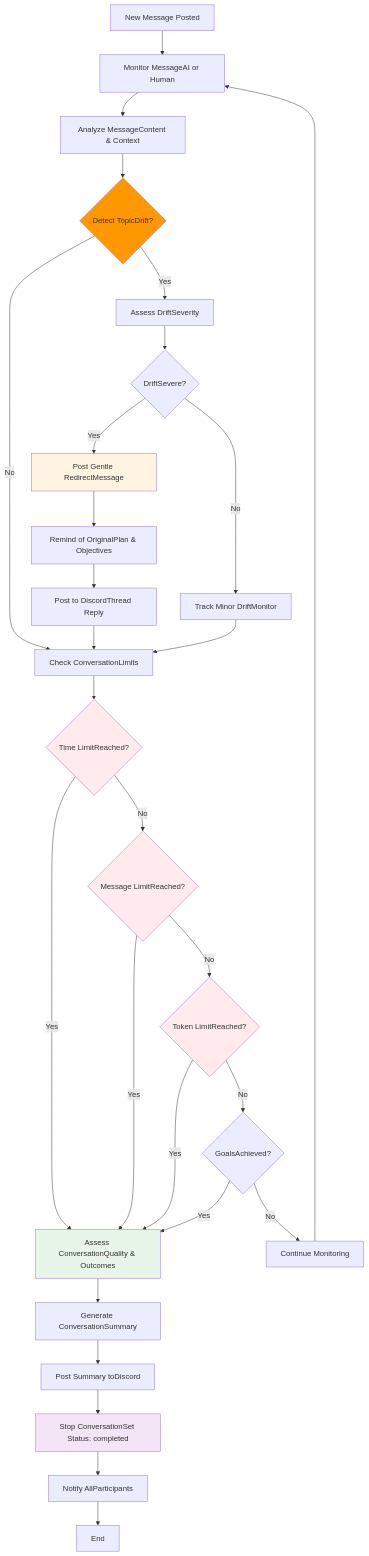
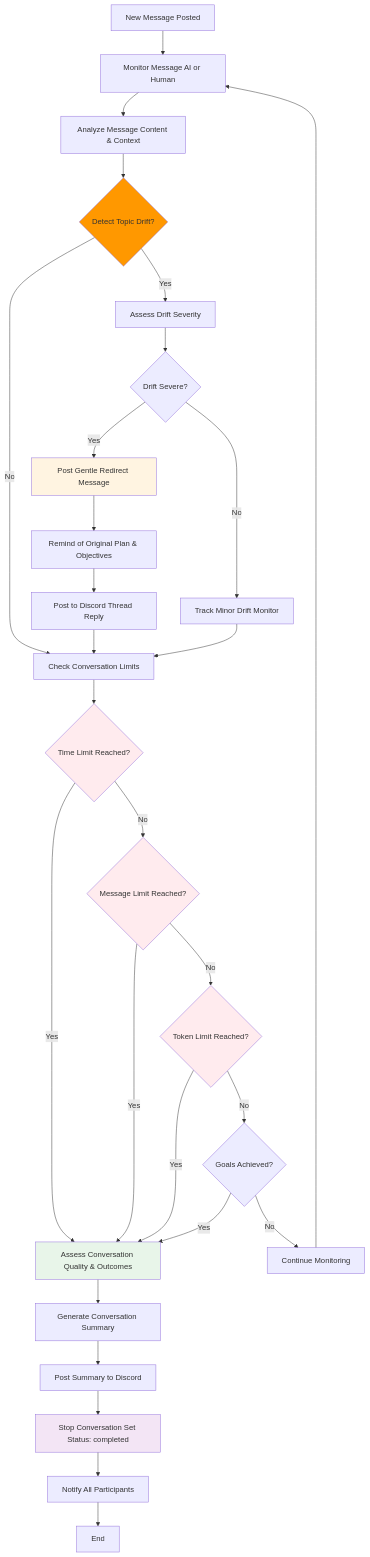
One commit to jak-pan/super-brainstorm-bot changed the seventh of 16 diagrams in ARCHITECTURE.md. Above: the diagram before and after it, drawn with Mermaid. The commit also changed other lines of this file, not shown here.

Commit message:
Fix: Add missing spaces in Mermaid diagram labels after br tag removal

````diff
--- a/ARCHITECTURE.md
+++ b/ARCHITECTURE.md
@@ -454,47 +454,47 @@
 ```mermaid
 flowchart TD
-    Start[New Message Posted] --> Monitor[Monitor MessageAI or Human]
-    Monitor --> AnalyzeContent[Analyze MessageContent & Context]
+    Start[New Message Posted] --> Monitor[Monitor Message AI or Human]
+    Monitor --> AnalyzeContent[Analyze Message Content & Context]
     
-    AnalyzeContent --> CheckTopicDrift{Detect TopicDrift?}
-    CheckTopicDrift -->|Yes| AssessDrift[Assess DriftSeverity]
-    CheckTopicDrift -->|No| CheckLimits[Check ConversationLimits]
+    AnalyzeContent --> CheckTopicDrift{Detect Topic Drift?}
+    CheckTopicDrift -->|Yes| AssessDrift[Assess Drift Severity]
+    CheckTopicDrift -->|No| CheckLimits[Check Conversation Limits]
     
-    AssessDrift --> DriftSevere{DriftSevere?}
-    DriftSevere -->|Yes| Redirect[Post Gentle RedirectMessage]
-    DriftSevere -->|No| TrackDrift[Track Minor DriftMonitor]
+    AssessDrift --> DriftSevere{Drift Severe?}
+    DriftSevere -->|Yes| Redirect[Post Gentle Redirect Message]
+    DriftSevere -->|No| TrackDrift[Track Minor Drift Monitor]
     
-    Redirect --> RemindPlan[Remind of OriginalPlan & Objectives]
-    RemindPlan --> PostRedirect[Post to DiscordThread Reply]
+    Redirect --> RemindPlan[Remind of Original Plan & Objectives]
+    RemindPlan --> PostRedirect[Post to Discord Thread Reply]
     PostRedirect --> CheckLimits
     
     TrackDrift --> CheckLimits
-    CheckLimits --> CheckTime{Time LimitReached?}
-    CheckTime -->|Yes| AssessQuality[Assess ConversationQuality & Outcomes]
-    CheckTime -->|No| CheckMessages{Message LimitReached?}
+    CheckLimits --> CheckTime{Time Limit Reached?}
+    CheckTime -->|Yes| AssessQuality[Assess Conversation Quality & Outcomes]
+    CheckTime -->|No| CheckMessages{Message Limit Reached?}
     
     CheckMessages -->|Yes| AssessQuality
-    CheckMessages -->|No| CheckTokens{Token LimitReached?}
+    CheckMessages -->|No| CheckTokens{Token Limit Reached?}
     
     CheckTokens -->|Yes| AssessQuality
-    CheckTokens -->|No| CheckProgress{GoalsAchieved?}
+    CheckTokens -->|No| CheckProgress{Goals Achieved?}
     
     CheckProgress -->|Yes| AssessQuality
     CheckProgress -->|No| Continue[Continue Monitoring]
     
-    AssessQuality --> GenerateSummary[Generate ConversationSummary]
-    GenerateSummary --> PostSummary[Post Summary toDiscord]
-    PostSummary --> StopConversation[Stop ConversationSet Status: completed]
-    StopConversation --> NotifyParticipants[Notify AllParticipants]
+    AssessQuality --> GenerateSummary[Generate Conversation Summary]
+    GenerateSummary --> PostSummary[Post Summary to Discord]
+    PostSummary --> StopConversation[Stop Conversation Set Status: completed]
+    StopConversation --> NotifyParticipants[Notify All Participants]
     NotifyParticipants --> End[End]
     
     Continue --> Monitor
     
     style CheckTopicDrift fill:#ff9800
     style Redirect fill:#fff4e1
     style CheckTime fill:#ffebee
     style CheckMessages fill:#ffebee
     style CheckTokens fill:#ffebee
     style AssessQuality fill:#e8f5e9
     style StopConversation fill:#f3e5f5
 ```
````
